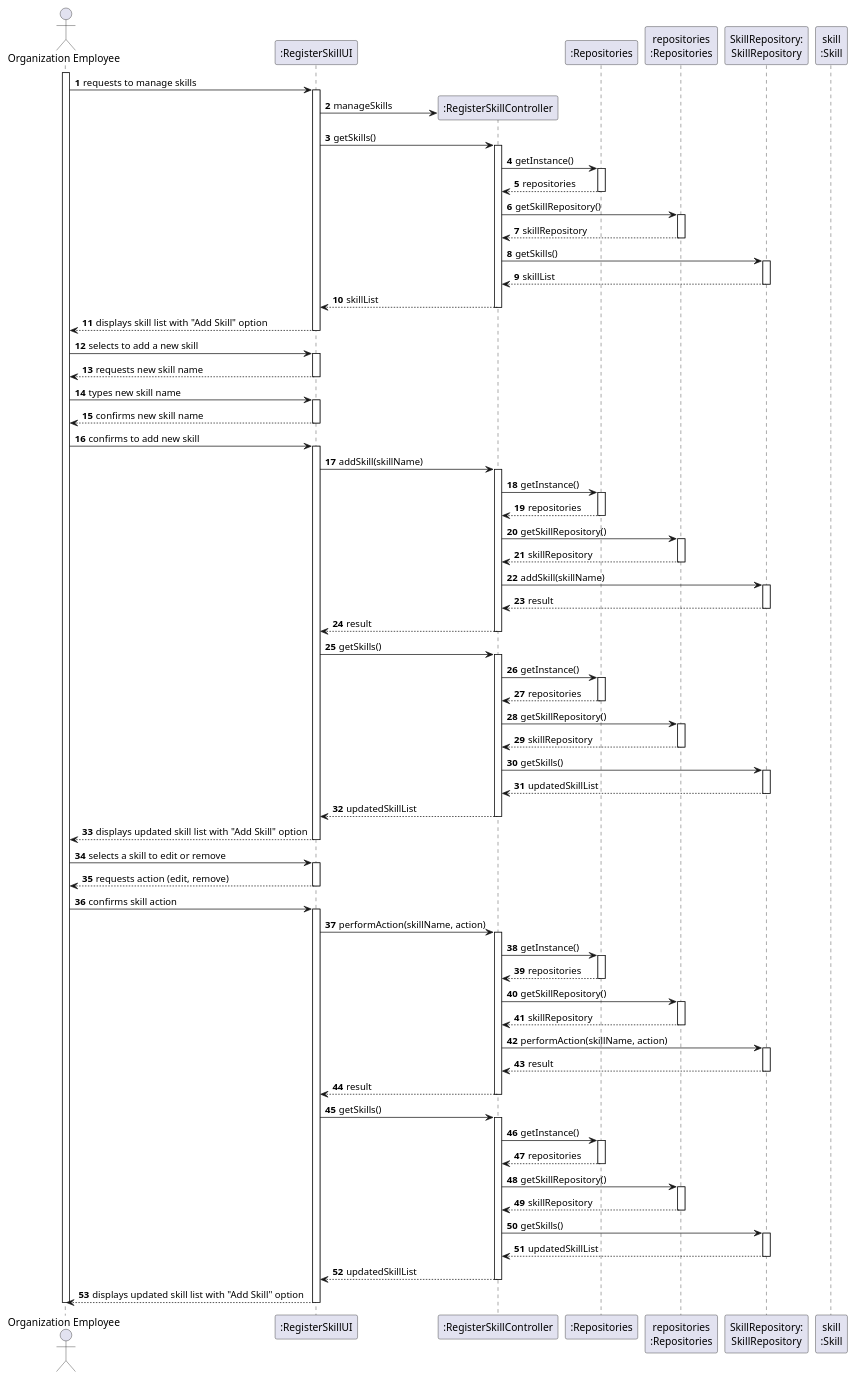
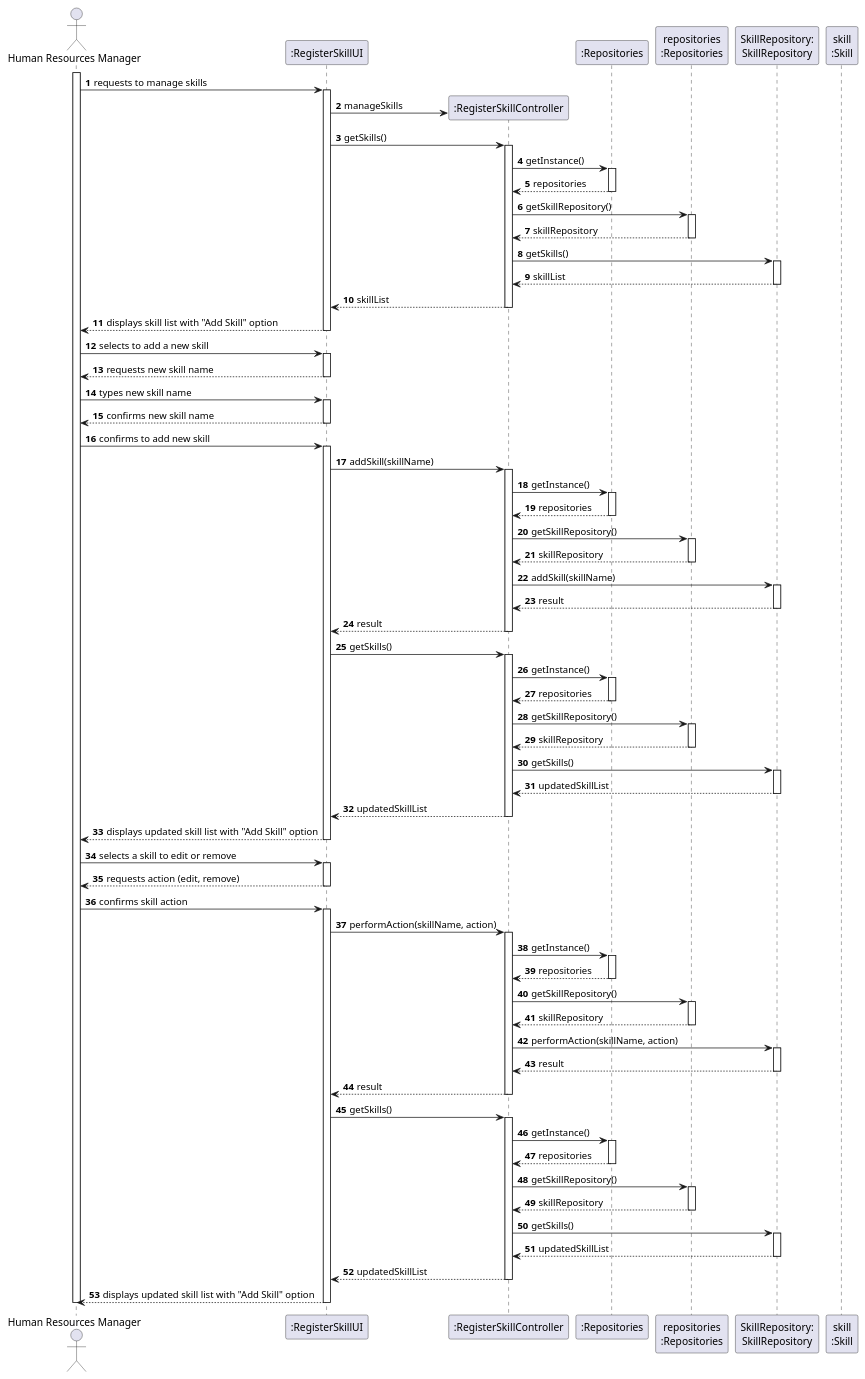
The diagram in docs/sprintB/us001/03.design/puml/us001-sequence-diagram-full.puml (Departamento-de-Engenharia-Informatica/greenspace-management), drawn with PlantUML before and after one commit. The commit also changed 3 other files, not shown here.

```diff
--- a/docs/sprintB/us001/03.design/puml/us001-sequence-diagram-full.puml
+++ b/docs/sprintB/us001/03.design/puml/us001-sequence-diagram-full.puml
@@ -1,181 +1,181 @@
 @startuml
 
 'skinparam monochrome true
 skinparam packageStyle rectangle
 skinparam shadowing false
 
 autonumber
 
 'hide footbox
-actor "Organization Employee" as ADM
+actor "Human Resources Manager" as ADM
 participant ":RegisterSkillUI" as UI
 participant ":RegisterSkillController" as CTRL
 participant ":Repositories" as RepositorySingleton
 participant "repositories\n:Repositories" as PLAT
 participant "SkillRepository:\nSkillRepository" as SkillRepository
 participant "skill\n:Skill" as SKILL
 
 activate ADM
 
     ADM -> UI : requests to manage skills
 
     activate UI
 
         UI -> CTRL** : manageSkills
 
         UI -> CTRL : getSkills()
         activate CTRL
 
             CTRL -> RepositorySingleton : getInstance()
             activate RepositorySingleton
 
                 RepositorySingleton --> CTRL: repositories
             deactivate RepositorySingleton
 
             CTRL -> PLAT : getSkillRepository()
             activate PLAT
 
                 PLAT --> CTRL : skillRepository
             deactivate PLAT
 
             CTRL -> SkillRepository : getSkills()
             activate SkillRepository
 
                 SkillRepository --> CTRL : skillList
             deactivate SkillRepository
 
             CTRL --> UI : skillList
         deactivate CTRL
 
         UI --> ADM : displays skill list with "Add Skill" option
     deactivate UI
 
     ADM -> UI : selects to add a new skill
     activate UI
 
         UI --> ADM : requests new skill name
     deactivate UI
 
     ADM -> UI : types new skill name
     activate UI
 
         UI --> ADM : confirms new skill name
     deactivate UI
 
     ADM -> UI : confirms to add new skill
     activate UI
 
         UI -> CTRL : addSkill(skillName)
         activate CTRL
 
             CTRL -> RepositorySingleton : getInstance()
             activate RepositorySingleton
 
                 RepositorySingleton --> CTRL: repositories
             deactivate RepositorySingleton
 
             CTRL -> PLAT : getSkillRepository()
             activate PLAT
 
                 PLAT --> CTRL : skillRepository
             deactivate PLAT
 
             CTRL -> SkillRepository : addSkill(skillName)
             activate SkillRepository
 
                 SkillRepository --> CTRL : result
             deactivate SkillRepository
 
             CTRL --> UI : result
         deactivate CTRL
 
         UI -> CTRL : getSkills()
         activate CTRL
 
             CTRL -> RepositorySingleton : getInstance()
             activate RepositorySingleton
 
                 RepositorySingleton --> CTRL: repositories
             deactivate RepositorySingleton
 
             CTRL -> PLAT : getSkillRepository()
             activate PLAT
 
                 PLAT --> CTRL : skillRepository
             deactivate PLAT
 
             CTRL -> SkillRepository : getSkills()
             activate SkillRepository
 
                 SkillRepository --> CTRL : updatedSkillList
             deactivate SkillRepository
 
             CTRL --> UI : updatedSkillList
         deactivate CTRL
 
         UI --> ADM : displays updated skill list with "Add Skill" option
     deactivate UI
 
     ADM -> UI : selects a skill to edit or remove
     activate UI
 
         UI --> ADM : requests action (edit, remove)
     deactivate UI
 
     ADM -> UI : confirms skill action
     activate UI
 
         UI -> CTRL : performAction(skillName, action)
         activate CTRL
 
             CTRL -> RepositorySingleton : getInstance()
             activate RepositorySingleton
 
                 RepositorySingleton --> CTRL: repositories
             deactivate RepositorySingleton
 
             CTRL -> PLAT : getSkillRepository()
             activate PLAT
 
                 PLAT --> CTRL : skillRepository
             deactivate PLAT
 
             CTRL -> SkillRepository : performAction(skillName, action)
             activate SkillRepository
 
                 SkillRepository --> CTRL : result
             deactivate SkillRepository
 
             CTRL --> UI : result
         deactivate CTRL
 
         UI -> CTRL : getSkills()
         activate CTRL
 
             CTRL -> RepositorySingleton : getInstance()
             activate RepositorySingleton
 
                 RepositorySingleton --> CTRL: repositories
             deactivate RepositorySingleton
 
             CTRL -> PLAT : getSkillRepository()
             activate PLAT
 
                 PLAT --> CTRL : skillRepository
             deactivate PLAT
 
             CTRL -> SkillRepository : getSkills()
             activate SkillRepository
 
                 SkillRepository --> CTRL : updatedSkillList
             deactivate SkillRepository
 
             CTRL --> UI : updatedSkillList
         deactivate CTRL
 
         UI --> ADM : displays updated skill list with "Add Skill" option
     deactivate UI
 
 deactivate ADM
 
 @enduml
```
